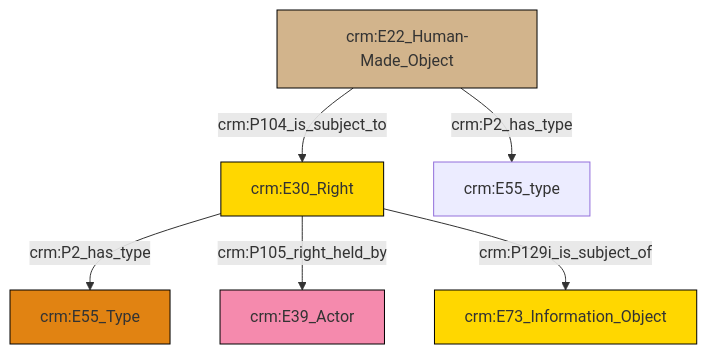
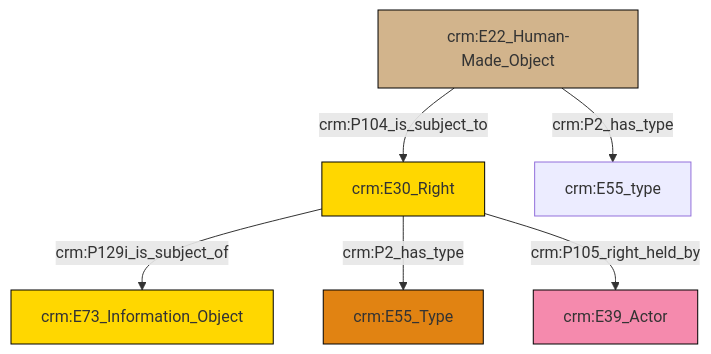
One commit to swiss-art-research-net/reference-data-models changed the diagram in et/builtWorkCSV/ttl/mmd/Built_Work_rights.ttl.mmd. Above: the diagram before and after it, drawn with Mermaid. The commit also changed 150 other files, not shown here.

```diff
--- a/et/builtWorkCSV/ttl/mmd/Built_Work_rights.ttl.mmd
+++ b/et/builtWorkCSV/ttl/mmd/Built_Work_rights.ttl.mmd
@@ -1,20 +1,20 @@
 graph TD
 classDef Literal fill:#f2f2f2,stroke:#000000;
 classDef CRM_Entity fill:#FFFFFF,stroke:#000000;
 classDef Temporal_Entity fill:#00C9E6, stroke:#000000;
 classDef Type fill:#E18312, stroke:#000000;
 classDef Time-Span fill:#2C9C91, stroke:#000000;
 classDef Appellation fill:#FFEB7F, stroke:#000000;
 classDef Place fill:#008836, stroke:#000000;
 classDef Persistent_Item fill:#B266B2, stroke:#000000;
 classDef Conceptual_Object fill:#FFD700, stroke:#000000;
 classDef Physical_Thing fill:#D2B48C, stroke:#000000;
 classDef Actor fill:#f58aad, stroke:#000000;
 classDef PC_Classes fill:#4ce600, stroke:#000000;
 classDef Multi fill:#cccccc,stroke:#000000;
 
-2["crm:E22_Human-Made_Object"]:::Physical_Thing -->|crm:P2_has_type| 3["crm:E55_type"]:::Default
-0["crm:E30_Right"]:::Conceptual_Object -->|crm:P2_has_type| 7["crm:E55_Type"]:::Type
 2["crm:E22_Human-Made_Object"]:::Physical_Thing -->|crm:P104_is_subject_to| 0["crm:E30_Right"]:::Conceptual_Object
-0["crm:E30_Right"]:::Conceptual_Object -->|crm:P105_right_held_by| 9["crm:E39_Actor"]:::Actor
-0["crm:E30_Right"]:::Conceptual_Object -->|crm:P129i_is_subject_of| 4["crm:E73_Information_Object"]:::Conceptual_Object
+0["crm:E30_Right"]:::Conceptual_Object -->|crm:P129i_is_subject_of| 3["crm:E73_Information_Object"]:::Conceptual_Object
+0["crm:E30_Right"]:::Conceptual_Object -->|crm:P2_has_type| 5["crm:E55_Type"]:::Type
+0["crm:E30_Right"]:::Conceptual_Object -->|crm:P105_right_held_by| 6["crm:E39_Actor"]:::Actor
+2["crm:E22_Human-Made_Object"]:::Physical_Thing -->|crm:P2_has_type| 7["crm:E55_type"]:::Default
```
